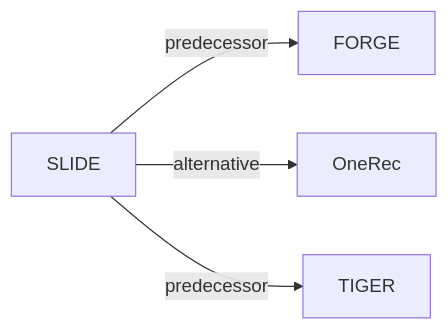
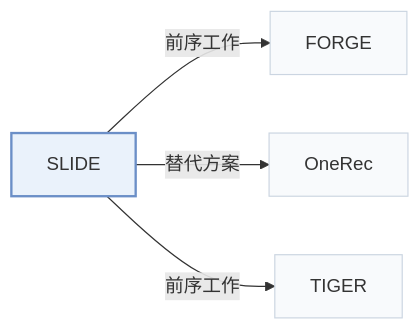
The second of 2 diagrams in pages/zh/papers/slide.md (Galaxy-ghost/Awesome-SID-Generative-Rec), drawn with Mermaid before and after one commit. The commit also changed other lines of this file and 649 other files, not shown here.

Commit message:
writer-05: also tags and modality index (schema, check, build, visuals); summary field removed; calibration data for 12 papers

````diff
--- a/pages/zh/papers/slide.md
+++ b/pages/zh/papers/slide.md
@@ -69,7 +72,11 @@
 ```mermaid
 flowchart LR
     P["SLIDE"]
-    P -->|predecessor| A["FORGE"]
-    P -->|alternative| B["OneRec"]
-    P -->|predecessor| C["TIGER"]
+    P -->|"前序工作"| A["FORGE"]
+    P -->|"替代方案"| B["OneRec"]
+    P -->|"前序工作"| C["TIGER"]
+    classDef main fill:#eaf2fb,stroke:#6b8fc7,stroke-width:2px
+    classDef peer fill:#f8fafc,stroke:#cbd5e1
+    class P main
+    class A,B,C peer
 ```
````
